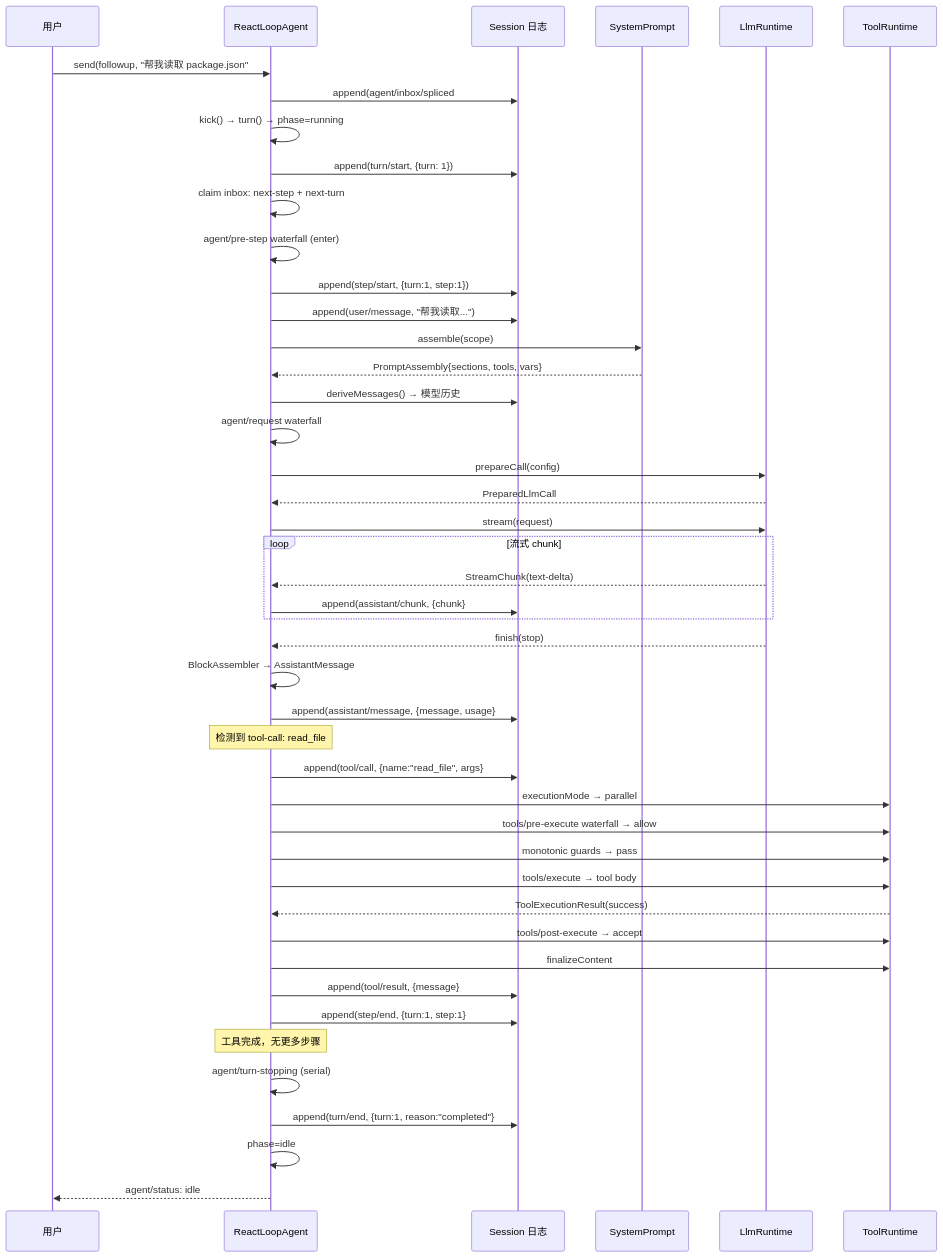
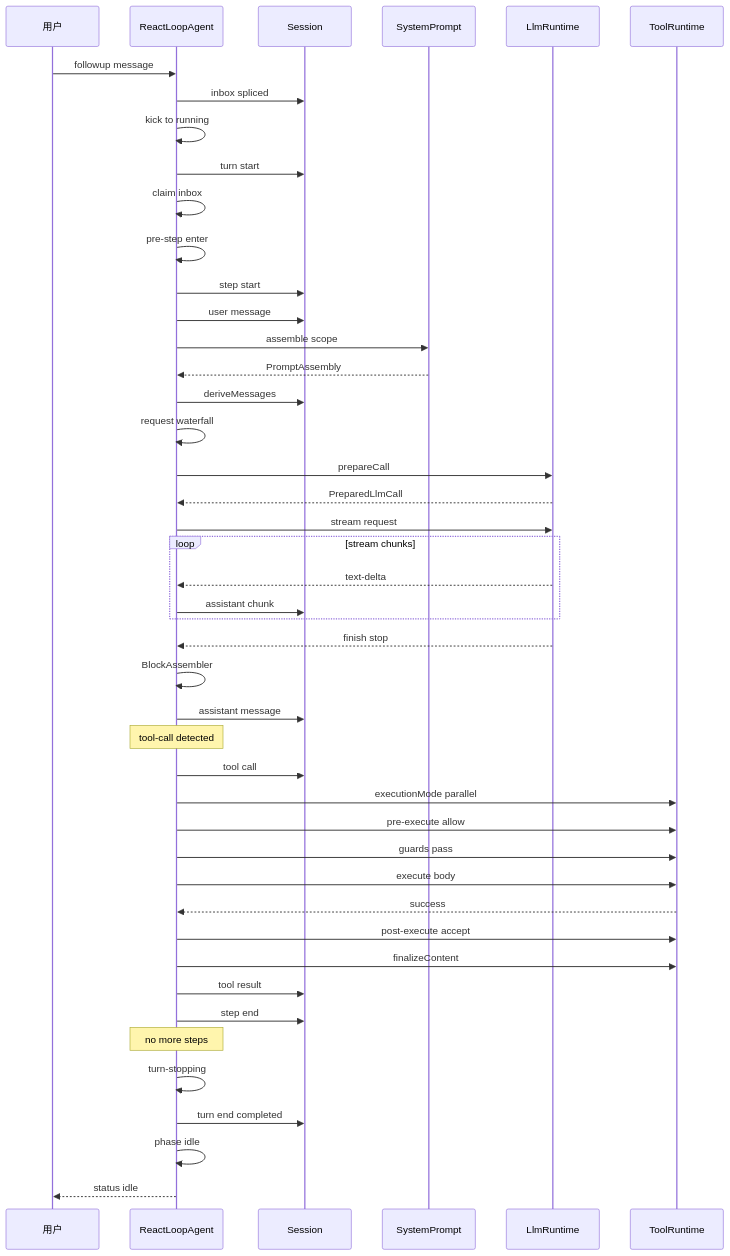
One commit to TobyChain/TobyChain.github.io changed the third of 3 diagrams in _posts/2026-08-13-deepseek-harness-analysis.md. Above: the diagram before and after it, drawn with Mermaid. The commit also changed other lines of this file, not shown here.

Commit message:
Fix code-pair and Mermaid rendering in Jekyll post
- Remove unsupported nomarkdown tags (chirpy theme ignores them)
- HTML-escape < and > in TypeScript generics inside code blocks
  to prevent kramdown from misinterpreting them as HTML tags
- Rewrite Mermaid sequence diagram with simplified message text
  to fix syntax error

```diff
--- a/_posts/2026-08-13-deepseek-harness-analysis.md
+++ b/_posts/2026-08-13-deepseek-harness-analysis.md
@@ -511,47 +499,47 @@
 <div class="mermaid">
 sequenceDiagram
   participant U as 用户
   participant A as ReactLoopAgent
-  participant S as Session 日志
+  participant S as Session
   participant SP as SystemPrompt
   participant L as LlmRuntime
   participant T as ToolRuntime
-  U->>A: send(followup, "帮我读取 package.json"
-  A->>S: append(agent/inbox/spliced
-  A->>A: kick() → turn() → phase=running
-  A->>S: append(turn/start, {turn: 1})
-  A->>A: claim inbox: next-step + next-turn
-  A->>A: agent/pre-step waterfall (enter)
-  A->>S: append(step/start, {turn:1, step:1})
-  A->>S: append(user/message, "帮我读取...")
-  A->>SP: assemble(scope)
-  SP-->>A: PromptAssembly{sections, tools, vars}
-  A->>S: deriveMessages() → 模型历史
-  A->>A: agent/request waterfall
-  A->>L: prepareCall(config)
+  U->>A: followup message
+  A->>S: inbox spliced
+  A->>A: kick to running
+  A->>S: turn start
+  A->>A: claim inbox
+  A->>A: pre-step enter
+  A->>S: step start
+  A->>S: user message
+  A->>SP: assemble scope
+  SP-->>A: PromptAssembly
+  A->>S: deriveMessages
+  A->>A: request waterfall
+  A->>L: prepareCall
   L-->>A: PreparedLlmCall
-  A->>L: stream(request)
-  loop 流式 chunk
-    L-->>A: StreamChunk(text-delta)
-    A->>S: append(assistant/chunk, {chunk}
+  A->>L: stream request
+  loop stream chunks
+    L-->>A: text-delta
+    A->>S: assistant chunk
   end
-  L-->>A: finish(stop)
-  A->>A: BlockAssembler → AssistantMessage
-  A->>S: append(assistant/message, {message, usage}
-  Note over A: 检测到 tool-call: read_file
-  A->>S: append(tool/call, {name:"read_file", args}
-  A->>T: executionMode → parallel
-  A->>T: tools/pre-execute waterfall → allow
-  A->>T: monotonic guards → pass
-  A->>T: tools/execute → tool body
-  T-->>A: ToolExecutionResult(success)
-  A->>T: tools/post-execute → accept
+  L-->>A: finish stop
+  A->>A: BlockAssembler
+  A->>S: assistant message
+  Note over A: tool-call detected
+  A->>S: tool call
+  A->>T: executionMode parallel
+  A->>T: pre-execute allow
+  A->>T: guards pass
+  A->>T: execute body
+  T-->>A: success
+  A->>T: post-execute accept
   A->>T: finalizeContent
-  A->>S: append(tool/result, {message}
-  A->>S: append(step/end, {turn:1, step:1}
-  Note over A: 工具完成，无更多步骤
-  A->>A: agent/turn-stopping (serial)
-  A->>S: append(turn/end, {turn:1, reason:"completed"}
-  A->>A: phase=idle
-  A-->>U: agent/status: idle
+  A->>S: tool result
+  A->>S: step end
+  Note over A: no more steps
+  A->>A: turn-stopping
+  A->>S: turn end completed
+  A->>A: phase idle
+  A-->>U: status idle
 </div>
```
